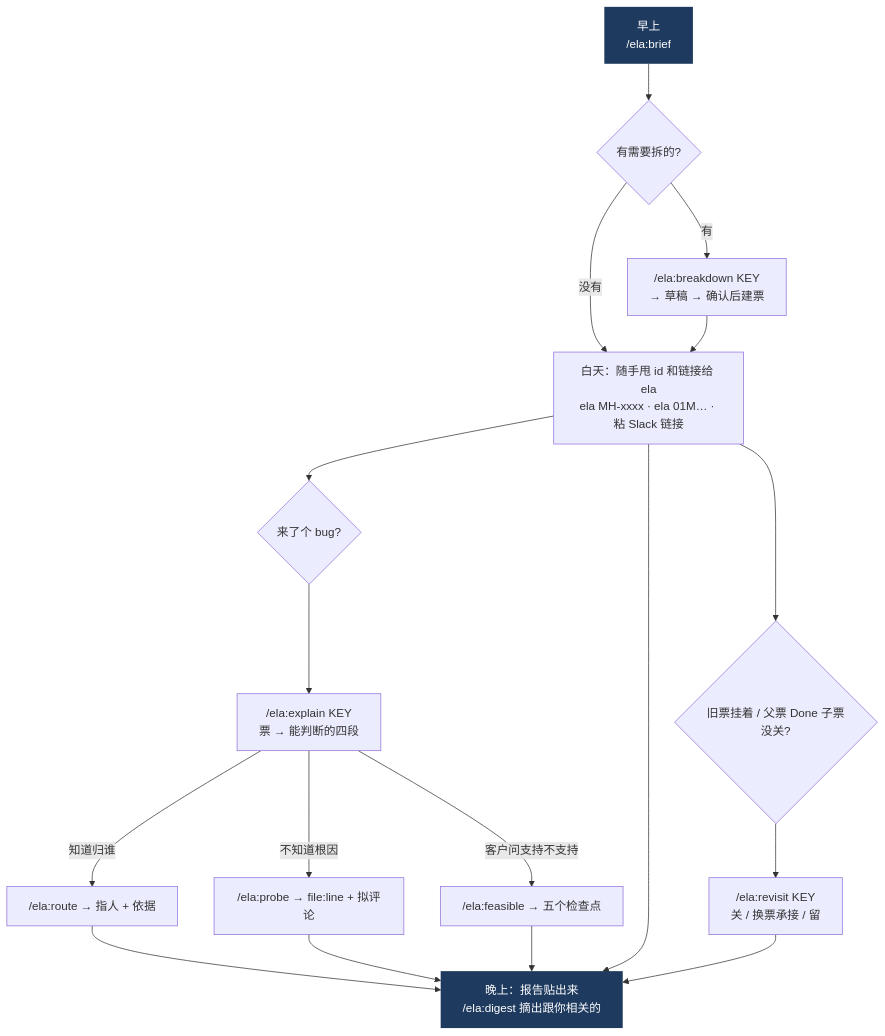
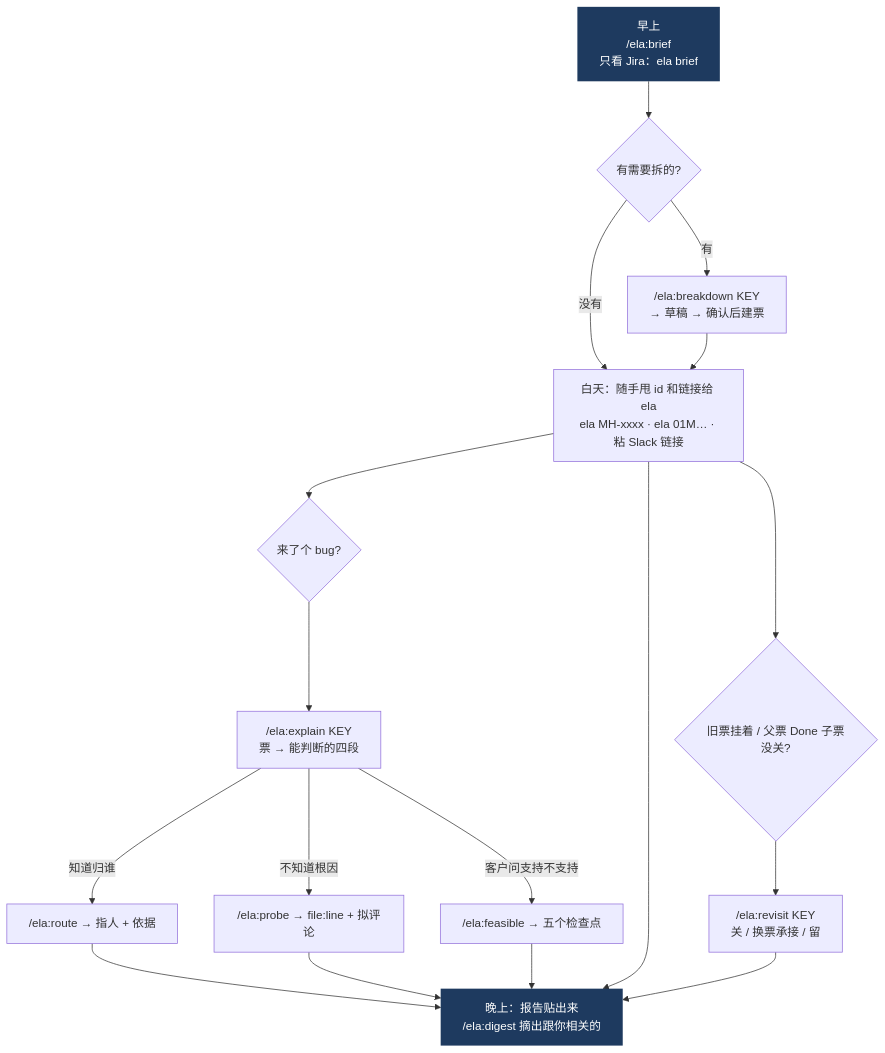
One commit to tvuevanli/tvu-ela changed the fourth of 4 diagrams in docs/manual.md. Above: the diagram before and after it, drawn with Mermaid. The commit also changed other lines of this file and 3 other files, not shown here.

First line of the commit message:
brief: the Jira lanes are computed by a script, the skill keeps the judgment

````diff
--- a/docs/manual.md
+++ b/docs/manual.md
@@ -189,21 +190,21 @@
 ```mermaid
 flowchart TD
-  M["早上<br>/ela:brief"] --> M2{"有需要拆的?"}
+  M["早上<br>/ela:brief<br>只看 Jira：ela brief"] --> M2{"有需要拆的?"}
   M2 -->|"有"| BD["/ela:breakdown KEY<br>→ 草稿 → 确认后建票"]
   M2 -->|"没有"| D
   BD --> D["白天：随手甩 id 和链接给 ela<br>ela MH-xxxx · ela 01M… · 粘 Slack 链接"]
   D --> BUG{"来了个 bug?"}
   BUG --> EX["/ela:explain KEY<br>票 → 能判断的四段"]
   EX -->|"知道归谁"| RO["/ela:route → 指人 + 依据"]
   EX -->|"不知道根因"| PR["/ela:probe → file:line + 拟评论"]
   EX -->|"客户问支持不支持"| FE["/ela:feasible → 五个检查点"]
   RO --> EV
   PR --> EV["晚上：报告贴出来<br>/ela:digest 摘出跟你相关的"]
   FE --> EV
   D --> EV
   D --> OLD{"旧票挂着 / 父票 Done 子票没关?"}
   OLD --> RV["/ela:revisit KEY<br>关 / 换票承接 / 留"]
   RV --> EV
   classDef m fill:#1e3a5f,color:#fff,stroke:none
   class M,EV m
 ```
````
